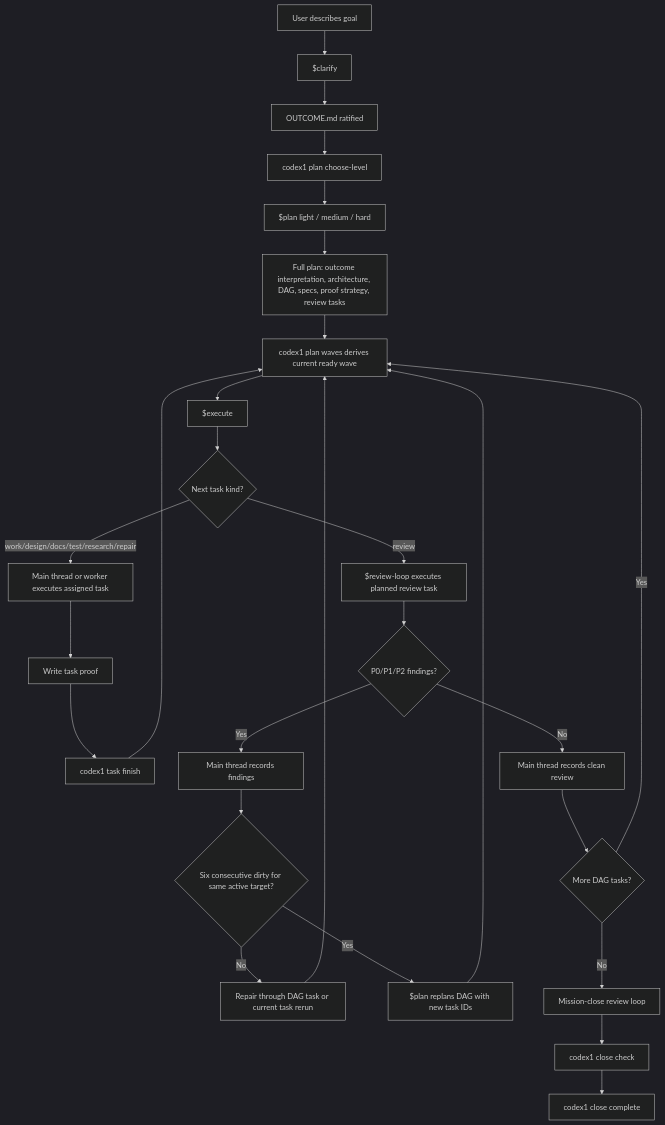
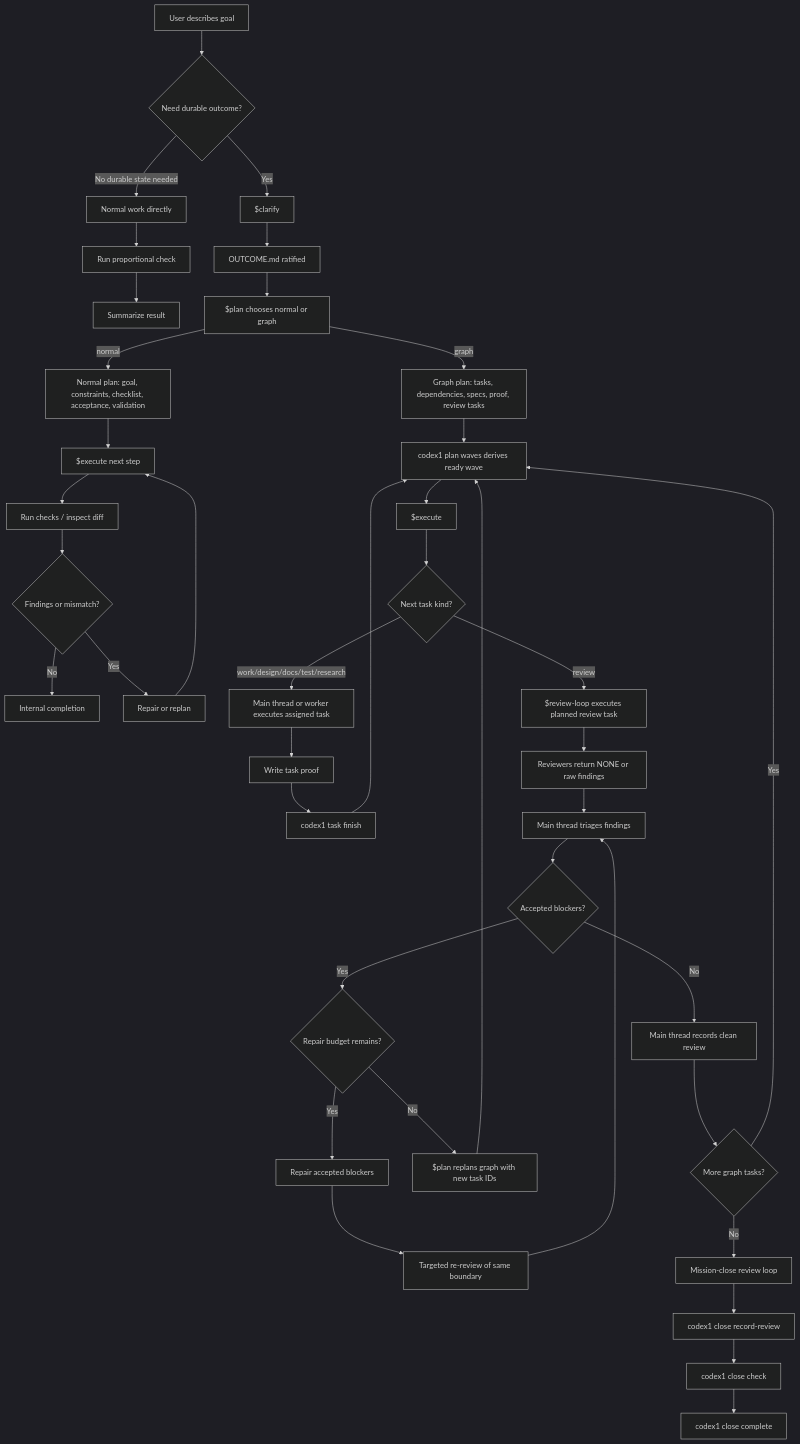
One commit to JoelEmanuelNilsson/codex1 changed the first of 7 diagrams in docs/codex1-rebuild-handoff/01-product-flow.md. Above: the diagram before and after it, drawn with Mermaid (dark theme). The commit also changed other lines of this file and 10 other files, not shown here.

````diff
--- a/docs/codex1-rebuild-handoff/01-product-flow.md
+++ b/docs/codex1-rebuild-handoff/01-product-flow.md
@@ -24,29 +49,45 @@
 ```mermaid
 flowchart TD
-    User["User describes goal"] --> Clarify["$clarify"]
+    User["User describes goal"] --> ClarifyNeeded{"Need durable outcome?"}
+    ClarifyNeeded -->|No durable state needed| DirectNormal["Normal work directly"]
+    DirectNormal --> DirectProof["Run proportional check"]
+    DirectProof --> DirectDone["Summarize result"]
+
+    ClarifyNeeded -->|Yes| Clarify["$clarify"]
     Clarify --> Outcome["OUTCOME.md ratified"]
-    Outcome --> ChooseLevel["codex1 plan choose-level"]
-    ChooseLevel --> Plan["$plan light / medium / hard"]
-    Plan --> FullPlan["Full plan: outcome interpretation, architecture, DAG, specs, proof strategy, review tasks"]
-    FullPlan --> Waves["codex1 plan waves derives current ready wave"]
+    Outcome --> ChooseMode["$plan chooses normal or graph"]
+
+    ChooseMode -->|normal| NormalPlan["Normal plan: goal, constraints, checklist, acceptance, validation"]
+    NormalPlan --> NormalExecute["$execute next step"]
+    NormalExecute --> NormalCheck["Run checks / inspect diff"]
+    NormalCheck --> NormalReview{"Findings or mismatch?"}
+    NormalReview -->|No| NormalDone["Internal completion"]
+    NormalReview -->|Yes| NormalRepair["Repair or replan"]
+    NormalRepair --> NormalExecute
+
+    ChooseMode -->|graph| GraphPlan["Graph plan: tasks, dependencies, specs, proof, review tasks"]
+    GraphPlan --> Waves["codex1 plan waves derives ready wave"]
     Waves --> Execute["$execute"]
     Execute --> Kind{"Next task kind?"}
-    Kind -->|work/design/docs/test/research/repair| Work["Main thread or worker executes assigned task"]
+    Kind -->|work/design/docs/test/research| Work["Main thread or worker executes assigned task"]
     Kind -->|review| ReviewTask["$review-loop executes planned review task"]
     Work --> Proof["Write task proof"]
     Proof --> Finish["codex1 task finish"]
     Finish --> Waves
-    ReviewTask --> ReviewResult{"P0/P1/P2 findings?"}
-    ReviewResult -->|No| RecordClean["Main thread records clean review"]
-    ReviewResult -->|Yes| RecordFindings["Main thread records findings"]
-    RecordFindings --> Dirty{"Six consecutive dirty for same active target?"}
-    Dirty -->|No| Repair["Repair through DAG task or current task rerun"]
-    Dirty -->|Yes| Replan["$plan replans DAG with new task IDs"]
-    Repair --> Waves
+    ReviewTask --> ReviewResult["Reviewers return NONE or raw findings"]
+    ReviewResult --> Triage["Main thread triages findings"]
+    Triage --> Accepted{"Accepted blockers?"}
+    Accepted -->|No| RecordClean["Main thread records clean review"]
+    Accepted -->|Yes| Budget{"Repair budget remains?"}
+    Budget -->|Yes| Repair["Repair accepted blockers"]
+    Budget -->|No| Replan["$plan replans graph with new task IDs"]
+    Repair --> ReReview["Targeted re-review of same boundary"]
+    ReReview --> Triage
     Replan --> Waves
-    RecordClean --> More{"More DAG tasks?"}
+    RecordClean --> More{"More graph tasks?"}
     More -->|Yes| Waves
     More -->|No| MissionCloseReview["Mission-close review loop"]
-    MissionCloseReview --> CloseCheck["codex1 close check"]
+    MissionCloseReview --> RecordCloseReview["codex1 close record-review"]
+    RecordCloseReview --> CloseCheck["codex1 close check"]
     CloseCheck --> Complete["codex1 close complete"]
 ```
````
